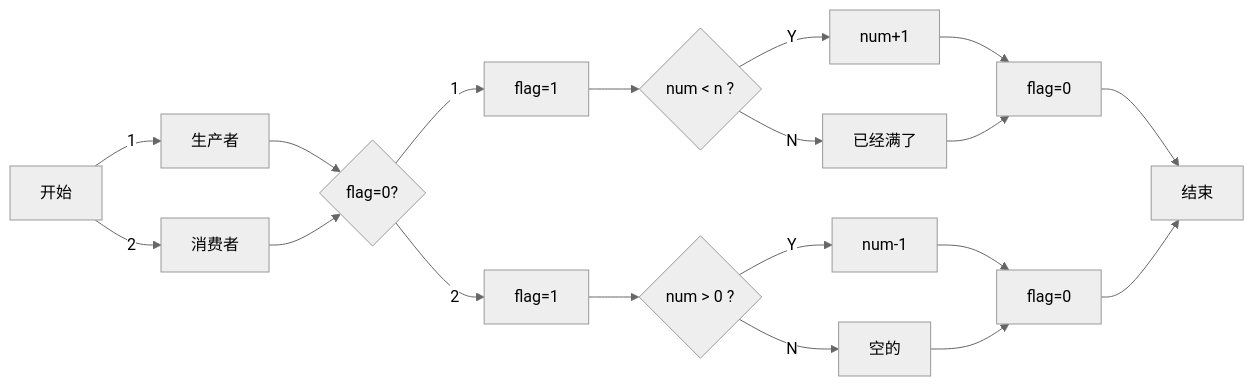
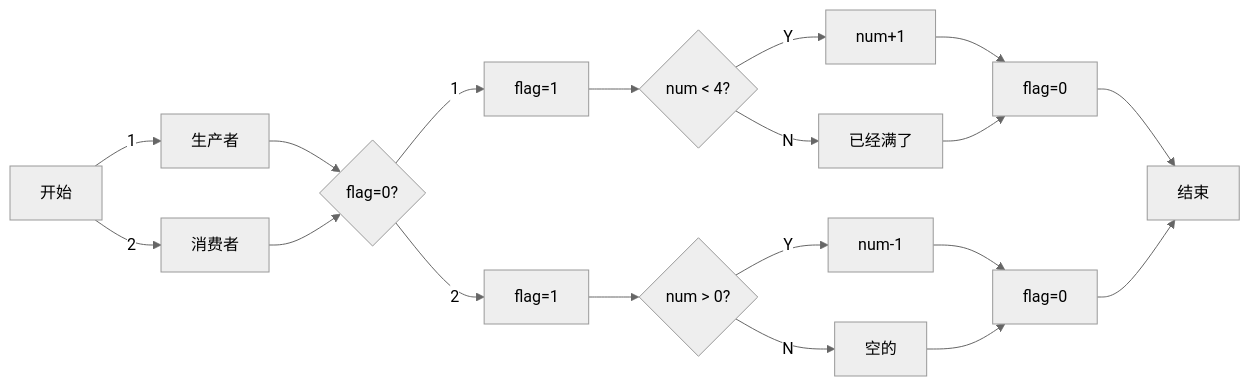
One commit to srcrs/srcrs.github.io changed the fourth of 4 diagrams in source/_posts/进程同步之生产者与消费者关系.md. Above: the diagram before and after it, drawn with Mermaid (neutral theme). The commit also changed other lines of this file, not shown here.

Commit message:
更改文章

````diff
--- a/source/_posts/进程同步之生产者与消费者关系.md
+++ b/source/_posts/进程同步之生产者与消费者关系.md
@@ -108,21 +108,21 @@
 ```mermaid
 graph LR
 start[开始] -- 1 --> 1[生产者]
 start -- 2 --> 2[消费者]
 1 --> flag{flag=0?}
 2 --> flag
 flag -- 1 --> a[flag=1]
 flag -- 2 --> b[flag=1]
-a --> numa{num < n ?}
+a --> numa{num < 4?}
 numa -- Y --> a1[num+1]
 numa -- N --> b1[已经满了]
-b --> numb{num > 0 ?}
+b --> numb{num > 0?}
 numb -- Y --> a2[num-1]
 numb -- N --> b2[空的]
 a1 --> flag1[flag=0]
 b1 --> flag1
 a2 --> flag2[flag=0]
 b2 --> flag2
 flag1 --> stop[结束]
 flag2 --> stop[结束]
 ```
````
